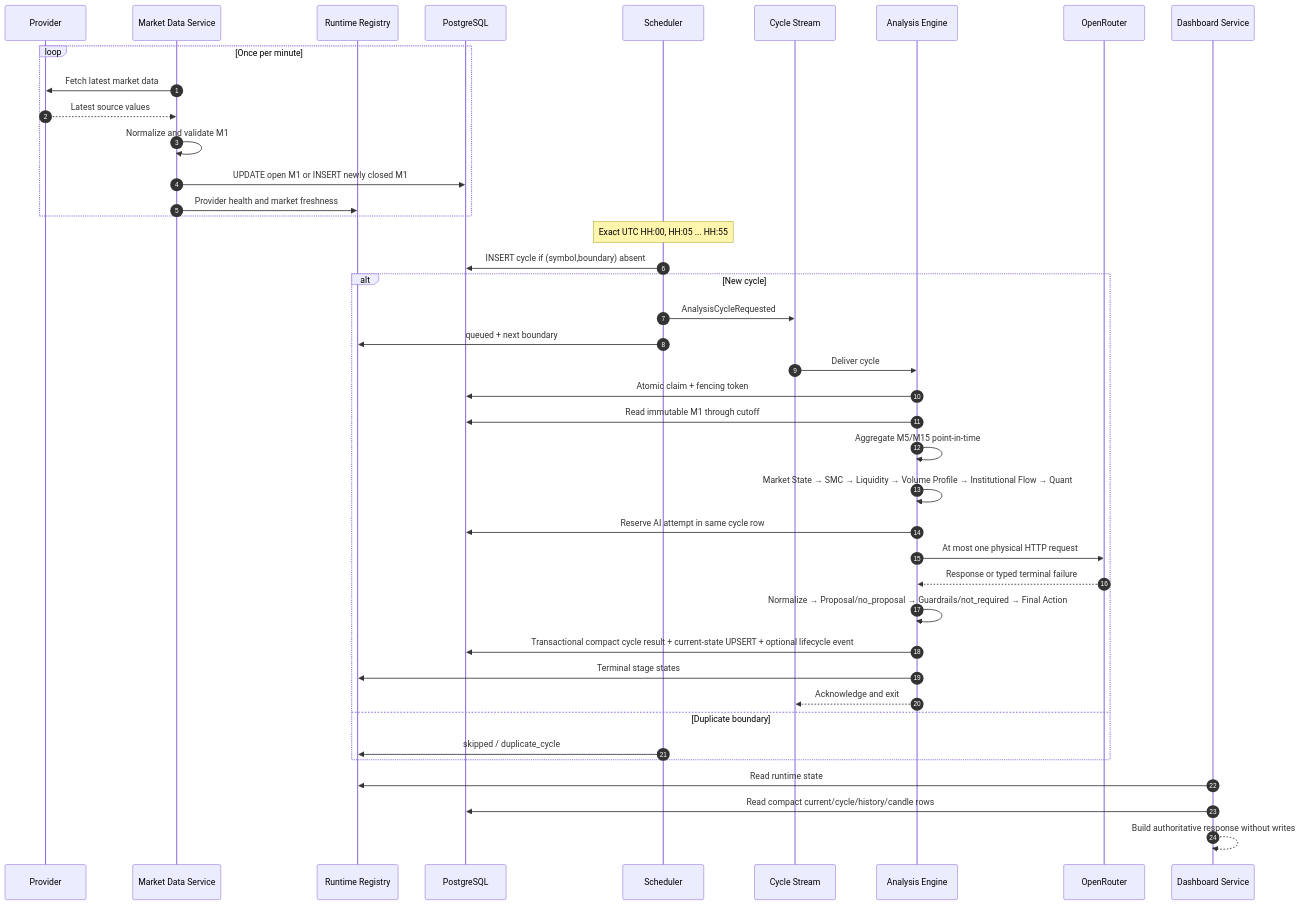
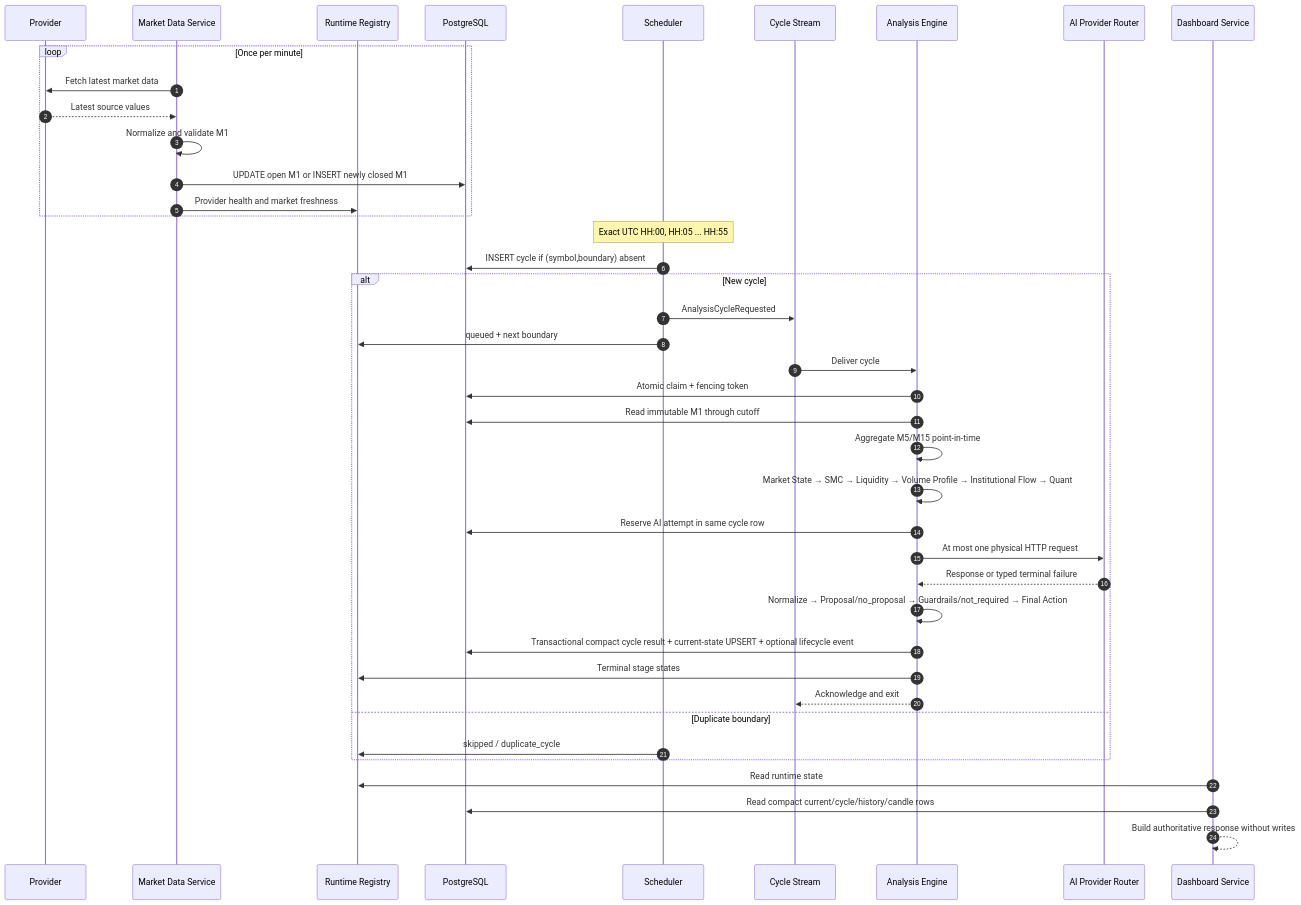
One commit to Typhon-Namira/Ten changed the second of 3 diagrams in docs/ten-architecture-v2-proposal.md. Above: the diagram before and after it, drawn with Mermaid. The commit also changed other lines of this file and 54 other files, not shown here.

````diff
--- a/docs/ten-architecture-v2-proposal.md
+++ b/docs/ten-architecture-v2-proposal.md
@@ -96,46 +96,46 @@
 ```mermaid
 sequenceDiagram
     autonumber
     participant P as Provider
     participant M as Market Data Service
     participant R as Runtime Registry
     participant DB as PostgreSQL
     participant S as Scheduler
     participant Q as Cycle Stream
     participant E as Analysis Engine
-    participant AI as OpenRouter
+    participant AI as AI Provider Router
     participant D as Dashboard Service
 
     loop Once per minute
         M->>P: Fetch latest market data
         P-->>M: Latest source values
         M->>M: Normalize and validate M1
         M->>DB: UPDATE open M1 or INSERT newly closed M1
         M->>R: Provider health and market freshness
     end
 
     Note over S: Exact UTC HH:00, HH:05 ... HH:55
     S->>DB: INSERT cycle if (symbol,boundary) absent
     alt New cycle
         S->>Q: AnalysisCycleRequested
         S->>R: queued + next boundary
         Q->>E: Deliver cycle
         E->>DB: Atomic claim + fencing token
         E->>DB: Read immutable M1 through cutoff
         E->>E: Aggregate M5/M15 point-in-time
         E->>E: Market State → SMC → Liquidity → Volume Profile → Institutional Flow → Quant
         E->>DB: Reserve AI attempt in same cycle row
         E->>AI: At most one physical HTTP request
         AI-->>E: Response or typed terminal failure
         E->>E: Normalize → Proposal/no_proposal → Guardrails/not_required → Final Action
         E->>DB: Transactional compact cycle result + current-state UPSERT + optional lifecycle event
         E->>R: Terminal stage states
         E-->>Q: Acknowledge and exit
     else Duplicate boundary
         S->>R: skipped / duplicate_cycle
     end
 
     D->>R: Read runtime state
     D->>DB: Read compact current/cycle/history/candle rows
     D-->>D: Build authoritative response without writes
 ```
````
